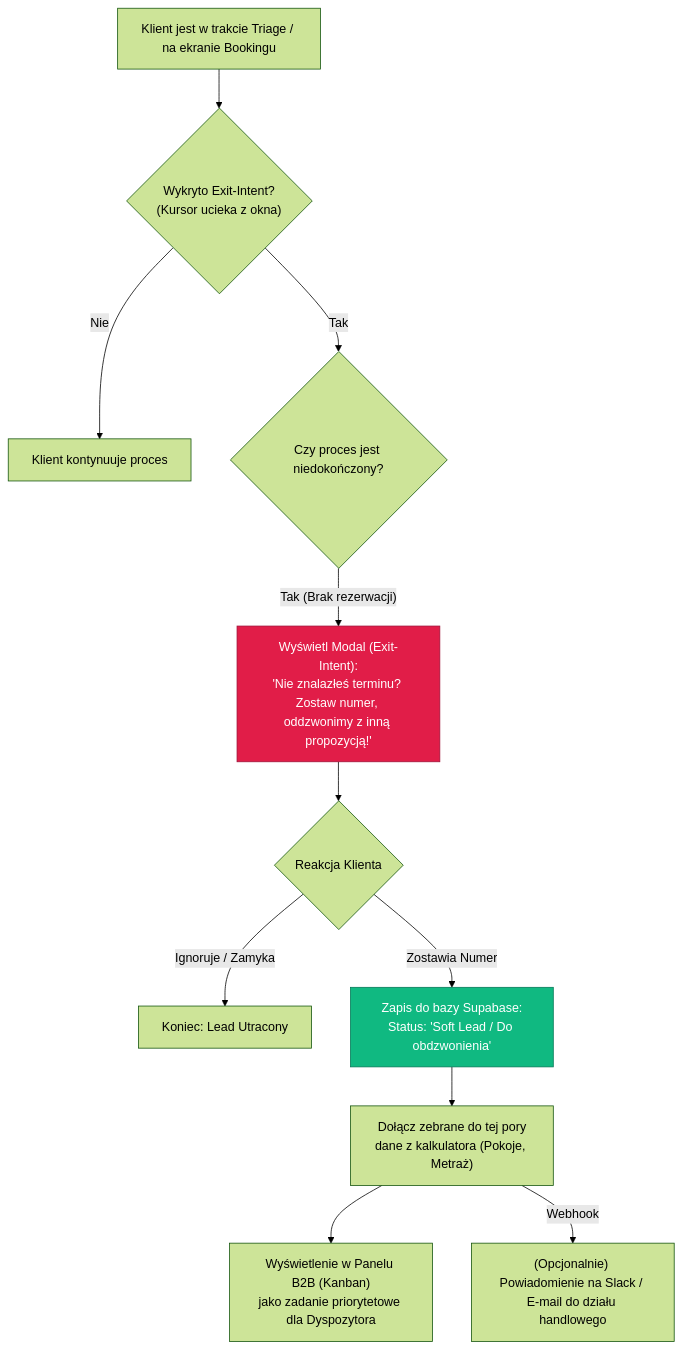
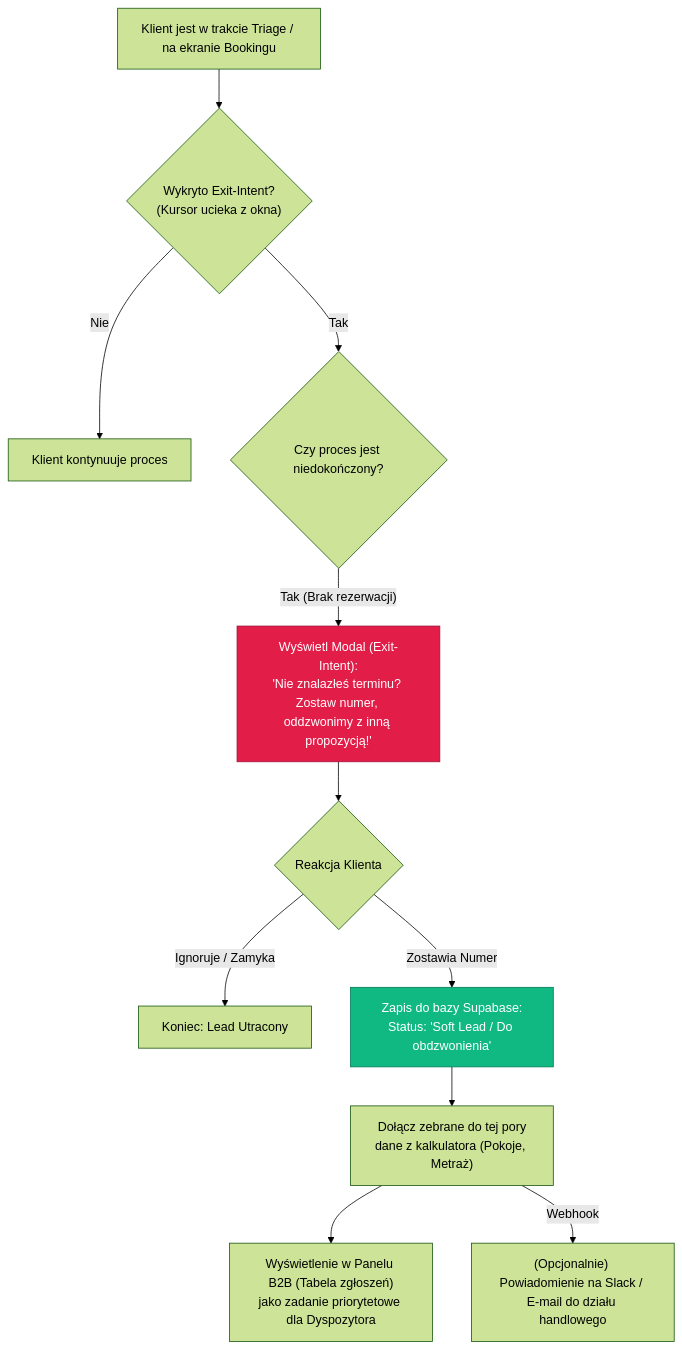
The diagram in turborepo/docs/workflows/exit_intent_workflow.md (aiprojectmanagersznurowski-afk/klikklima-system), drawn with Mermaid (forest theme) before and after one commit. The commit also changed 27 other files, not shown here.

````diff
--- a/turborepo/docs/workflows/exit_intent_workflow.md
+++ b/turborepo/docs/workflows/exit_intent_workflow.md
@@ -7,22 +7,22 @@
 ```mermaid
 flowchart TD
     Start["Klient jest w trakcie Triage / na ekranie Bookingu"] --> CheckIntent{"Wykryto Exit-Intent?\n(Kursor ucieka z okna)"}
     
     CheckIntent -- "Nie" --> Continue["Klient kontynuuje proces"]
     CheckIntent -- "Tak" --> CheckData{"Czy proces jest niedokończony?"}
     
     CheckData -- "Tak (Brak rezerwacji)" --> Popup["Wyświetl Modal (Exit-Intent):\n'Nie znalazłeś terminu? Zostaw numer, oddzwonimy z inną propozycją!'"]
     
     Popup --> UserAction{"Reakcja Klienta"}
     
     UserAction -- "Ignoruje / Zamyka" --> EndLost["Koniec: Lead Utracony"]
     UserAction -- "Zostawia Numer" --> SaveDB["Zapis do bazy Supabase:\nStatus: 'Soft Lead / Do obdzwonienia'"]
     
     SaveDB --> LinkTriage["Dołącz zebrane do tej pory\ndane z kalkulatora (Pokoje, Metraż)"]
     
-    LinkTriage --> B2BPanel["Wyświetlenie w Panelu B2B (Kanban)\njako zadanie priorytetowe dla Dyspozytora"]
+    LinkTriage --> B2BPanel["Wyświetlenie w Panelu B2B (Tabela zgłoszeń)\njako zadanie priorytetowe dla Dyspozytora"]
     LinkTriage -- "Webhook" --> SlackNotification["(Opcjonalnie) Powiadomienie na Slack / E-mail do działu handlowego"]
     
     style Popup fill:#e11d48,stroke:#9f1239,color:white
     style SaveDB fill:#10b981,stroke:#047857,color:white
 ```
````
